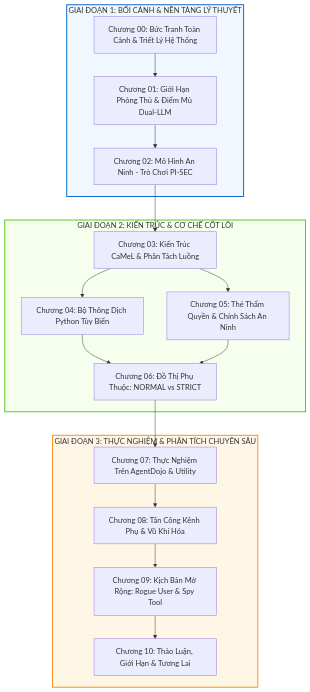
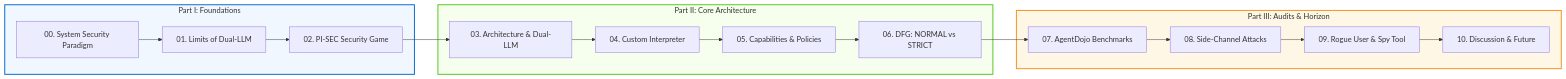
One commit to tuandung222/camel-paper-deep-dive changed the second of 2 diagrams in README.md. Above: the diagram before and after it, drawn with Mermaid. The commit also changed other lines of this file and 4 other files, not shown here.

````diff
--- a/README.md
+++ b/README.md
@@ -25,36 +76,29 @@
 ```mermaid
-flowchart TD
-    subgraph Phase1["GIAI ĐOẠN 1: BỐI CẢNH & NỀN TẢNG LÝ THUYẾT"]
-        C0["Chương 00: Bức Tranh Toàn Cảnh & Triết Lý Hệ Thống"]
-        C1["Chương 01: Giới Hạn Phòng Thủ & Điểm Mù Dual-LLM"]
-        C2["Chương 02: Mô Hình An Ninh - Trò Chơi PI-SEC"]
+flowchart LR
+    subgraph Part1["Part I: Foundations"]
+        C0["00. System Security Paradigm"]
+        C1["01. Limits of Dual-LLM"]
+        C2["02. PI-SEC Security Game"]
         C0 --> C1 --> C2
     end
 
-    subgraph Phase2["GIAI ĐOẠN 2: KIẾN TRÚC & CƠ CHẾ CỐT LÕI"]
-        C3["Chương 03: Kiến Trúc CaMeL & Phân Tách Luồng"]
-        C4["Chương 04: Bộ Thông Dịch Python Tùy Biến"]
-        C5["Chương 05: Thẻ Thẩm Quyền & Chính Sách An Ninh"]
-        C6["Chương 06: Đồ Thị Phụ Thuộc: NORMAL vs STRICT"]
-        C2 --> C3
-        C3 --> C4
-        C3 --> C5
-        C4 --> C6
-        C5 --> C6
+    subgraph Part2["Part II: Core Architecture"]
+        C3["03. Architecture & Dual-LLM"]
+        C4["04. Custom Interpreter"]
+        C5["05. Capabilities & Policies"]
+        C6["06. DFG: NORMAL vs STRICT"]
+        C2 --> C3 --> C4 --> C5 --> C6
     end
 
-    subgraph Phase3["GIAI ĐOẠN 3: THỰC NGHIỆM & PHÂN TÍCH CHUYÊN SÂU"]
-        C7["Chương 07: Thực Nghiệm Trên AgentDojo & Utility"]
-        C8["Chương 08: Tấn Công Kênh Phụ & Vũ Khí Hóa"]
-        C9["Chương 09: Kịch Bản Mở Rộng: Rogue User & Spy Tool"]
-        C10["Chương 10: Thảo Luận, Giới Hạn & Tương Lai"]
-        C6 --> C7
-        C7 --> C8
-        C8 --> C9
-        C9 --> C10
+    subgraph Part3["Part III: Audits & Horizon"]
+        C7["07. AgentDojo Benchmarks"]
+        C8["08. Side-Channel Attacks"]
+        C9["09. Rogue User & Spy Tool"]
+        C10["10. Discussion & Future"]
+        C6 --> C7 --> C8 --> C9 --> C10
     end
 
-    style Phase1 fill:#f0f7ff,stroke:#0066cc,stroke-width:2px
-    style Phase2 fill:#f6ffed,stroke:#52c41a,stroke-width:2px
-    style Phase3 fill:#fff7e6,stroke:#fa8c16,stroke-width:2px
+    style Part1 fill:#f0f7ff,stroke:#0066cc,stroke-width:2px
+    style Part2 fill:#f6ffed,stroke:#52c41a,stroke-width:2px
+    style Part3 fill:#fff7e6,stroke:#fa8c16,stroke-width:2px
 ```
````
